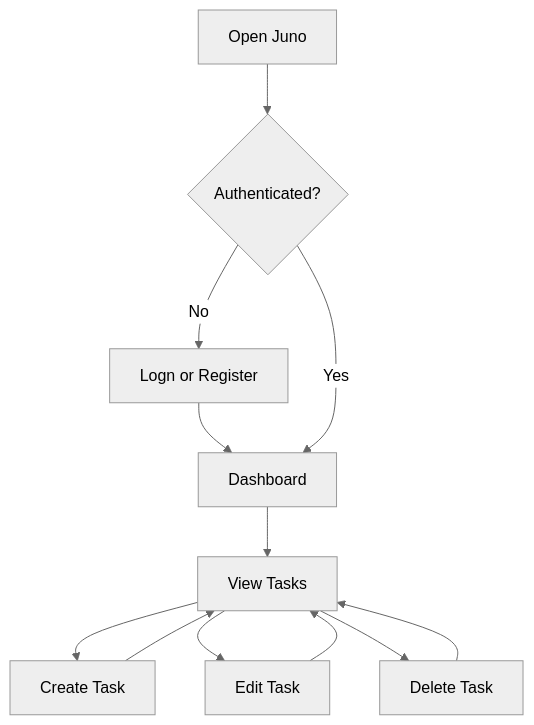
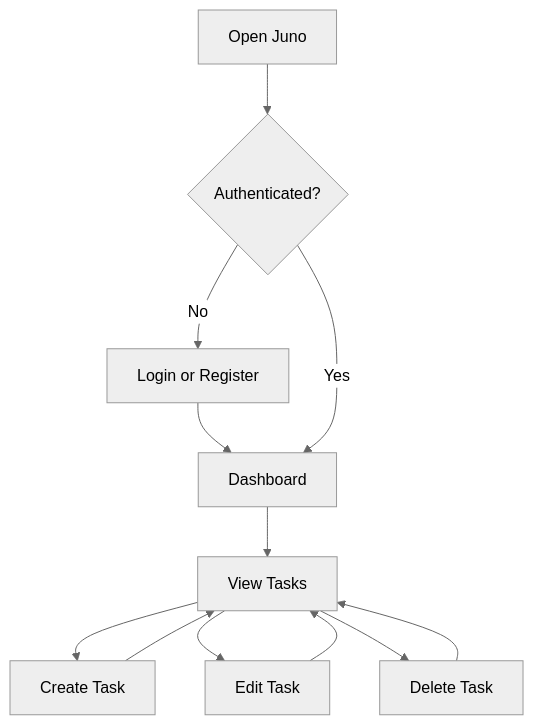
The diagram in docs/WIREFRAMES.md (zjiexu/juno), drawn with Mermaid (neutral theme) before and after one commit. The commit also changed other lines of this file, not shown here.

Commit message:
Fix typos in wireframes

````diff
--- a/docs/WIREFRAMES.md
+++ b/docs/WIREFRAMES.md
@@ -21,14 +21,14 @@
 ```mermaid
 flowchart TD
     A[Open Juno] --> B{Authenticated?}
-    B -- No --> C[Logn or Register]
+    B -- No --> C[Login or Register]
     C --> D[Dashboard]
     B -- Yes --> D
     D --> E[View Tasks]
     E --> F[Create Task]
     E --> G[Edit Task]
     E --> H[Delete Task]
     F --> E
     G --> E
     H --> E
 ```
````
